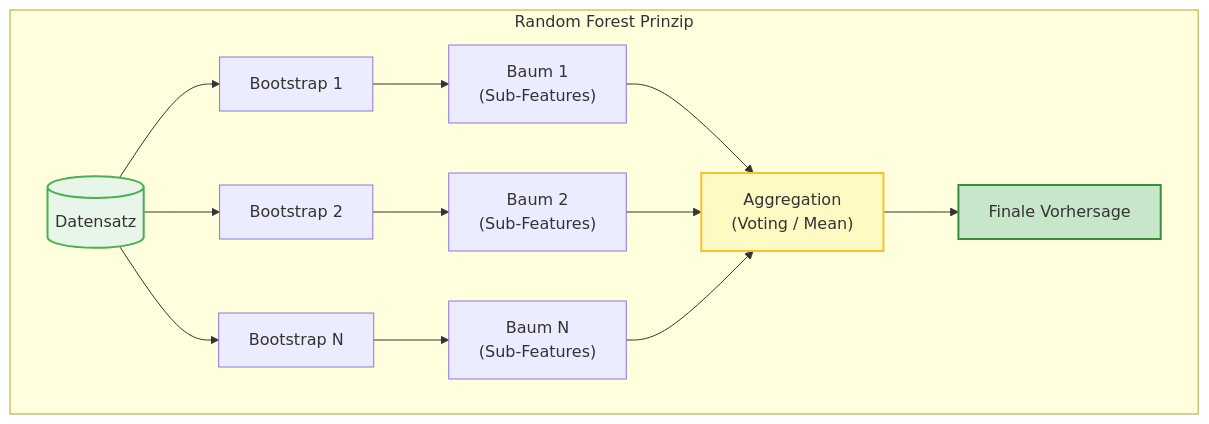
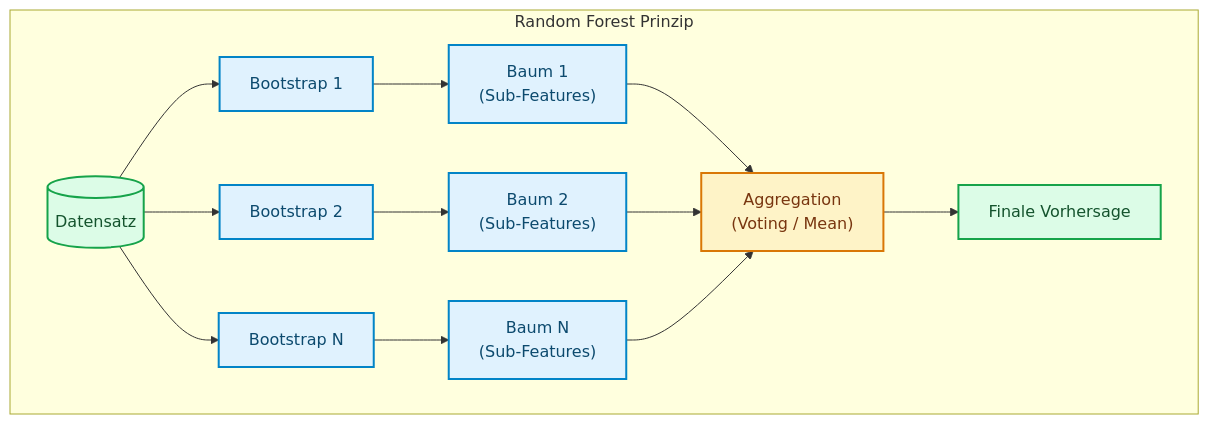
One commit to ralf-42/ML_Intro changed the third of 5 diagrams in docs/concepts/modeling/ensemble.md. Above: the diagram before and after it, drawn with Mermaid. The commit also changed other lines of this file and 67 other files, not shown here.

````diff
--- a/docs/concepts/modeling/ensemble.md
+++ b/docs/concepts/modeling/ensemble.md
@@ -121,20 +121,22 @@
 ```mermaid
 flowchart TD
     subgraph RF["Random Forest Prinzip"]
         D[("Datensatz")] --> B1["Bootstrap 1"]
         D --> B2["Bootstrap 2"]
         D --> BN["Bootstrap N"]
 
         B1 --> T1["Baum 1<br/>(Sub-Features)"]
         B2 --> T2["Baum 2<br/>(Sub-Features)"]
         BN --> TN["Baum N<br/>(Sub-Features)"]
 
         T1 & T2 & TN --> AGG["Aggregation<br/>(Voting / Mean)"]
         
         AGG --> FINAL["Finale Vorhersage"]
     end
 
-    style D fill:#e8f5e9,stroke:#4caf50,stroke-width:2px
-    style AGG fill:#fff9c4,stroke:#fbc02d,stroke-width:2px
-    style FINAL fill:#c8e6c9,stroke:#388e3c,stroke-width:2px
+    classDef default fill:#e0f2fe,stroke:#0284c7,stroke-width:2px,color:#0c4a6e;
+    classDef metric fill:#fef3c7,stroke:#d97706,stroke-width:2px,color:#78350f;
+    classDef output fill:#dcfce7,stroke:#16a34a,stroke-width:2px,color:#14532d;
+    class AGG metric;
+    class D,FINAL output;
 ```
````
